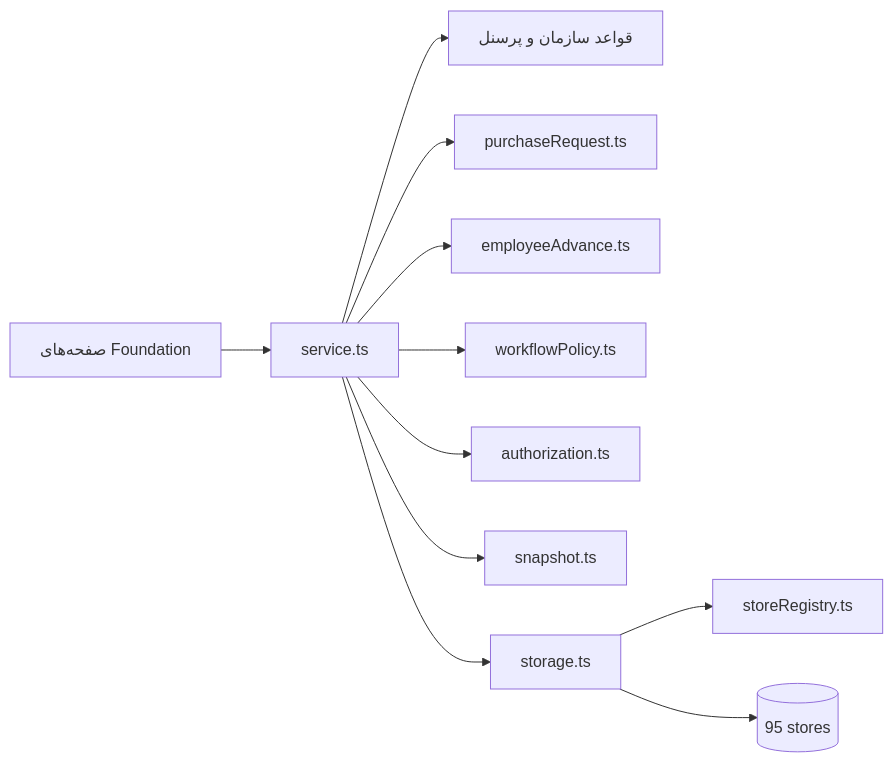
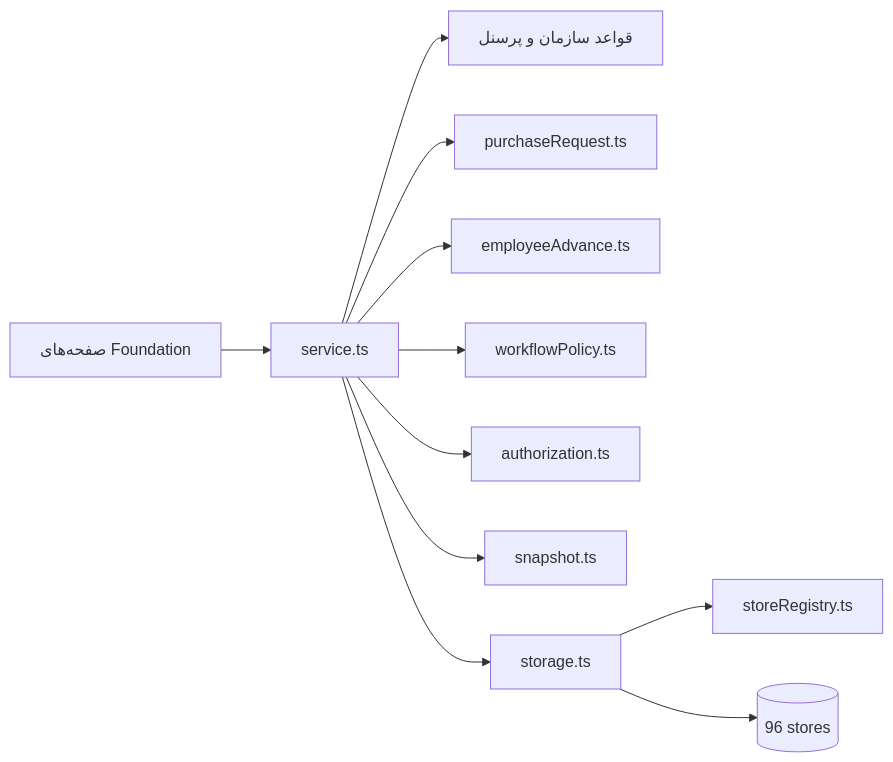
Before and after one commit to rbayat2k-art/tapra3-local-first: the third of 6 diagrams in docs/25-ARCHITECTURE-DIAGRAMS.md, drawn with Mermaid. The commit also changed 29 other files, not shown here.

````diff
--- a/docs/25-ARCHITECTURE-DIAGRAMS.md
+++ b/docs/25-ARCHITECTURE-DIAGRAMS.md
@@ -34,13 +34,13 @@
 ```mermaid
 flowchart LR
   PAGES["صفحه‌های Foundation"] --> SVC["service.ts"]
   SVC --> ORG["قواعد سازمان و پرسنل"]
   SVC --> PUR["purchaseRequest.ts"]
   SVC --> ADV["employeeAdvance.ts"]
   SVC --> WP["workflowPolicy.ts"]
   SVC --> AZ["authorization.ts"]
   SVC --> SNAP["snapshot.ts"]
   SVC --> STORE["storage.ts"]
   STORE --> REG["storeRegistry.ts"]
-  STORE --> DB[("95 stores")]
+  STORE --> DB[("96 stores")]
 ```
````
